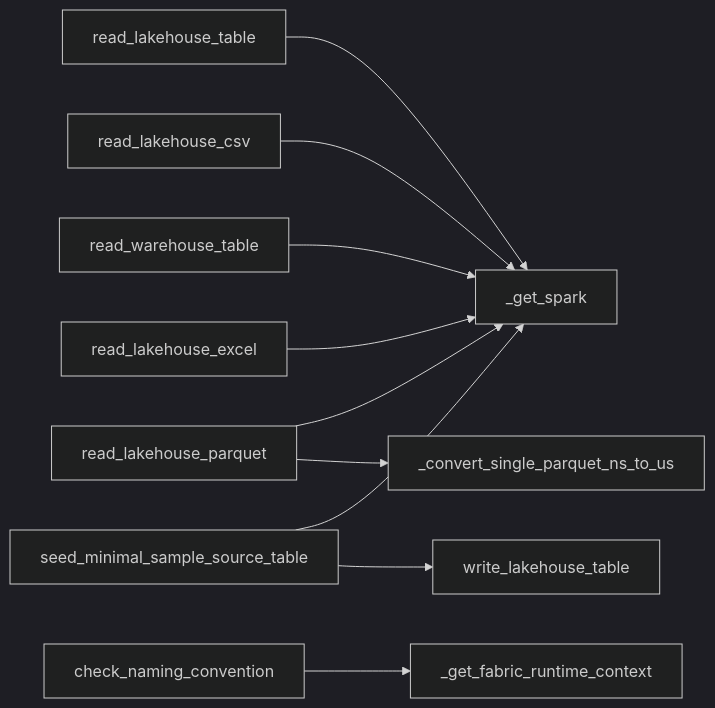
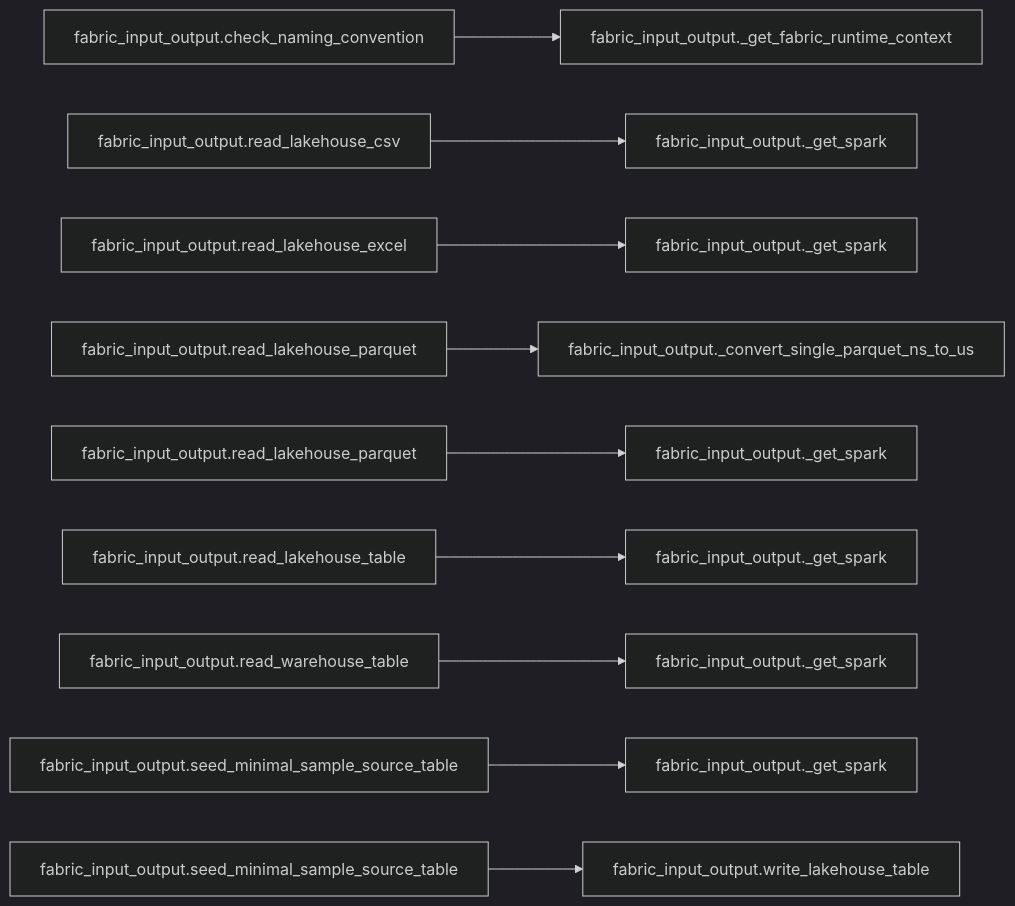
One commit to Voycepeh/FabricOps-Starter-Kit changed the first of 2 diagrams in docs/api/modules/fabric_input_output.md. Above: the diagram before and after it, drawn with Mermaid (dark theme). The commit also changed other lines of this file and 14 other files, not shown here.

Commit message:
Polish dependency graph rendering and module docs UX

````diff
--- a/docs/api/modules/fabric_input_output.md
+++ b/docs/api/modules/fabric_input_output.md
@@ -42,12 +40,12 @@
 ```mermaid
 flowchart LR
-  read_lakehouse_table --> _get_spark
-  read_lakehouse_csv --> _get_spark
-  read_warehouse_table --> _get_spark
-  read_lakehouse_parquet --> _get_spark
-  read_lakehouse_parquet --> _convert_single_parquet_ns_to_us
-  read_lakehouse_excel --> _get_spark
-  check_naming_convention --> _get_fabric_runtime_context
-  seed_minimal_sample_source_table --> _get_spark
-  seed_minimal_sample_source_table --> write_lakehouse_table
+  n1["fabric_input_output.check_naming_convention"] --> n1b["fabric_input_output._get_fabric_runtime_context"]
+  n2["fabric_input_output.read_lakehouse_csv"] --> n2b["fabric_input_output._get_spark"]
+  n3["fabric_input_output.read_lakehouse_excel"] --> n3b["fabric_input_output._get_spark"]
+  n4["fabric_input_output.read_lakehouse_parquet"] --> n4b["fabric_input_output._convert_single_parquet_ns_to_us"]
+  n5["fabric_input_output.read_lakehouse_parquet"] --> n5b["fabric_input_output._get_spark"]
+  n6["fabric_input_output.read_lakehouse_table"] --> n6b["fabric_input_output._get_spark"]
+  n7["fabric_input_output.read_warehouse_table"] --> n7b["fabric_input_output._get_spark"]
+  n8["fabric_input_output.seed_minimal_sample_source_table"] --> n8b["fabric_input_output._get_spark"]
+  n9["fabric_input_output.seed_minimal_sample_source_table"] --> n9b["fabric_input_output.write_lakehouse_table"]
 ```
````
